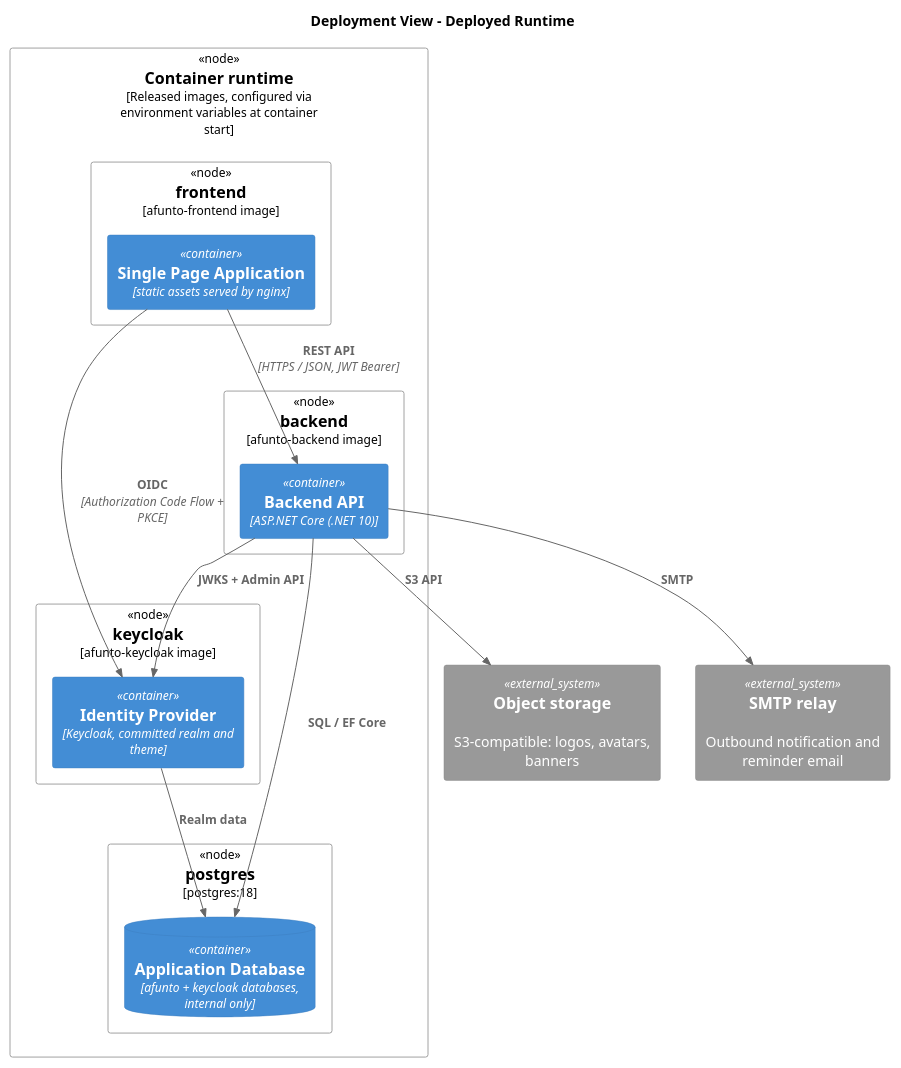
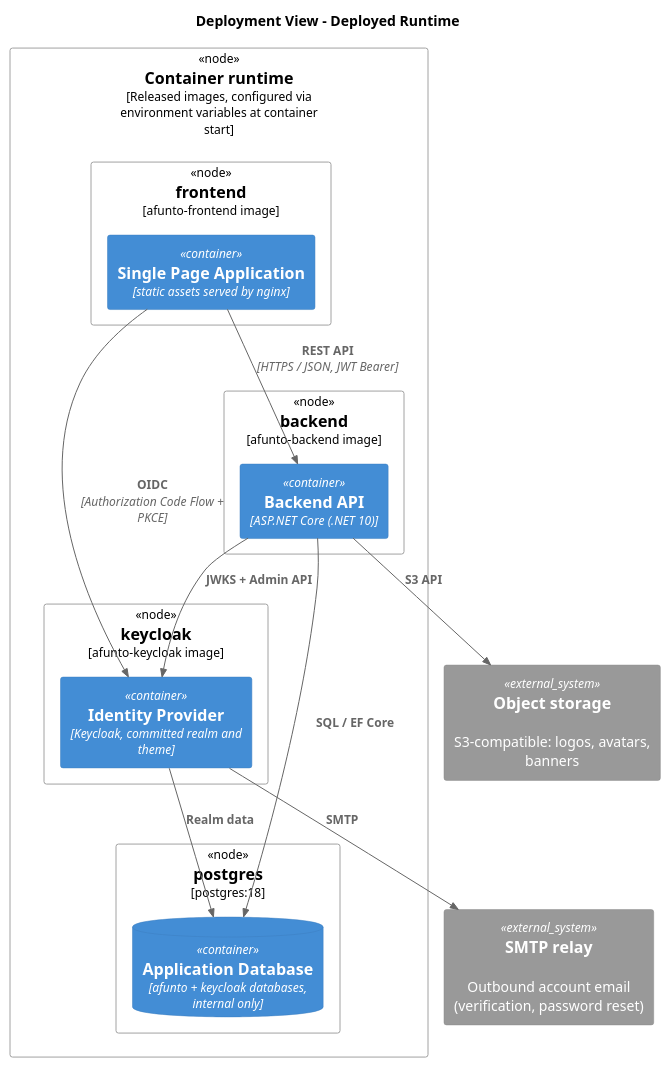
Before and after one commit to maik-hasler/afunto: the diagram in docs/Architecture/images/deployment-server.puml, drawn with PlantUML. The commit also changed 165 other files, not shown here.

```diff
--- a/docs/Architecture/images/deployment-server.puml
+++ b/docs/Architecture/images/deployment-server.puml
@@ -1,37 +1,37 @@
 @startuml Deployed Runtime
 
 !include <C4/C4_Deployment>
 
 title Deployment View - Deployed Runtime
 
 Deployment_Node(runtime, "Container runtime", "Released images, configured via environment variables at container start") {
 
 	Deployment_Node(fe_node, "frontend", "afunto-frontend image") {
 		Container(fe, "Single Page Application", "static assets served by nginx")
 	}
 
 	Deployment_Node(be_node, "backend", "afunto-backend image") {
 		Container(be, "Backend API", "ASP.NET Core (.NET 10)")
 	}
 
 	Deployment_Node(kc_node, "keycloak", "afunto-keycloak image") {
 		Container(kc, "Identity Provider", "Keycloak, committed realm and theme")
 	}
 
 	Deployment_Node(pg_node, "postgres", "postgres:18") {
 		ContainerDb(pg, "Application Database", "afunto + keycloak databases, internal only")
 	}
 }
 
 System_Ext(objectstore, "Object storage", "S3-compatible: logos, avatars, banners")
-System_Ext(smtp, "SMTP relay", "Outbound notification and reminder email")
+System_Ext(smtp, "SMTP relay", "Outbound account email (verification, password reset)")
 
 Rel(fe, be, "REST API", "HTTPS / JSON, JWT Bearer")
 Rel(fe, kc, "OIDC", "Authorization Code Flow + PKCE")
 Rel(be, pg, "SQL / EF Core")
 Rel(be, kc, "JWKS + Admin API")
 Rel(be, objectstore, "S3 API")
-Rel(be, smtp, "SMTP")
+Rel(kc, smtp, "SMTP")
 Rel(kc, pg, "Realm data")
 
 @enduml
```
